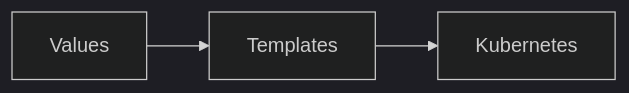
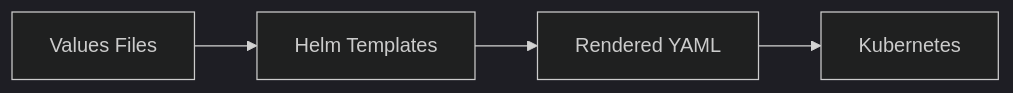
Before and after one commit to akshayachar03/DevOps-Learning: the fifth of 17 diagrams in 02-Detailed-Notes/16-Helm/19-Production Deployments.md, drawn with Mermaid (dark theme). The commit also changed other lines of this file, not shown here.

First line of the commit message:
Revise Helm production deployments documentation

````diff
--- a/02-Detailed-Notes/16-Helm/19-Production Deployments.md
+++ b/02-Detailed-Notes/16-Helm/19-Production Deployments.md
@@ -448,5 +405,8 @@
 ```mermaid
 flowchart LR
 
-Values --> Templates --> Kubernetes
+A[Values Files]
+A --> B[Helm Templates]
+B --> C[Rendered YAML]
+C --> D[Kubernetes]
 ```
````
